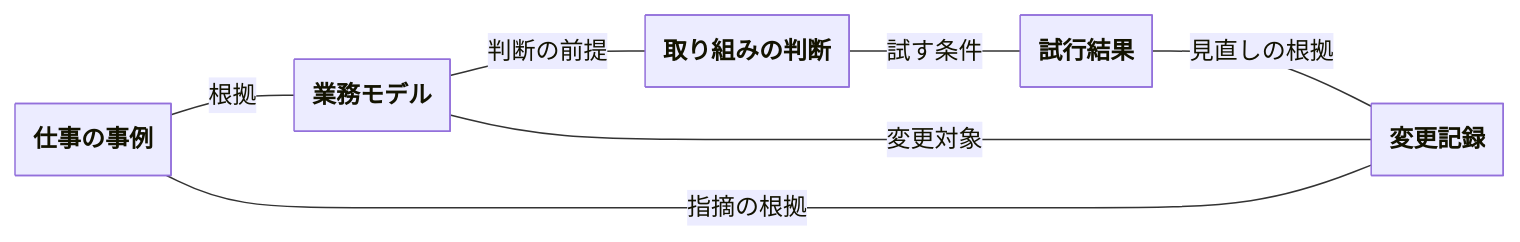
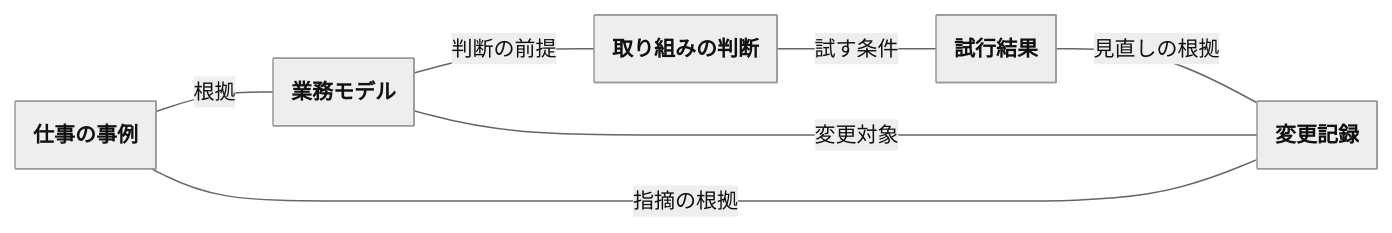
Before and after one commit to maakbo/fde: the fourth of 4 diagrams in experiments/fde-product-pivot/visualization/README.md, drawn with Mermaid. The commit also changed other lines of this file and 5 other files, not shown here.

Commit message:
Bring the reviewed fde visualization to the draft

````diff
--- a/experiments/fde-product-pivot/visualization/README.md
+++ b/experiments/fde-product-pivot/visualization/README.md
@@ -219,26 +230,32 @@
 ```mermaid
 ---
 config:
+  theme: neutral
+  themeVariables:
+    fontFamily: "Inter, Hiragino Sans, sans-serif"
+    fontSize: "14px"
   class:
     hideEmptyMembersBox: true
 ---
 classDiagram
+  accTitle: 情報のつながり
+  accDescr: 仕事の事例、業務モデル、取り組みの判断、試行結果、変更記録の関係。各用語の意味と使う仕事は図の下の表から開けます。
   direction LR
   %% 業務の中で使う情報と同じID。保存形式や件数は規定しない。
   class i_work_example["仕事の事例"]
   class i_work_model["業務モデル"]
   class i_direction["取り組みの判断"]
   class i_trial["試行結果"]
   class i_change["変更記録"]
   i_work_example -- i_work_model : 根拠
   i_work_model -- i_direction : 判断の前提
   i_direction -- i_trial : 試す条件
   i_trial -- i_change : 見直しの根拠
   i_work_example -- i_change : 指摘の根拠
   i_change -- i_work_model : 変更対象
-  click i_work_example href "https://github.com/maakbo/fde/blob/draft/fde-product-pivot/experiments/fde-product-pivot/visualization/README.md#info-work-example" "関連する説明を開く"
-  click i_work_model href "https://github.com/maakbo/fde/blob/draft/fde-product-pivot/experiments/fde-product-pivot/visualization/README.md#info-work-model" "関連する説明を開く"
-  click i_direction href "https://github.com/maakbo/fde/blob/draft/fde-product-pivot/experiments/fde-product-pivot/visualization/README.md#info-direction" "関連する説明を開く"
-  click i_trial href "https://github.com/maakbo/fde/blob/draft/fde-product-pivot/experiments/fde-product-pivot/visualization/README.md#info-trial" "関連する説明を開く"
-  click i_change href "https://github.com/maakbo/fde/blob/draft/fde-product-pivot/experiments/fde-product-pivot/visualization/README.md#info-change" "関連する説明を開く"
+  click i_work_example href "https://github.com/maakbo/fde/blob/draft/fde-product-pivot/experiments/fde-product-pivot/visualization/README.md#info-work-example" "仕事の事例の説明を開く" _blank
+  click i_work_model href "https://github.com/maakbo/fde/blob/draft/fde-product-pivot/experiments/fde-product-pivot/visualization/README.md#info-work-model" "業務モデルの説明を開く" _blank
+  click i_direction href "https://github.com/maakbo/fde/blob/draft/fde-product-pivot/experiments/fde-product-pivot/visualization/README.md#info-direction" "取り組みの判断の説明を開く" _blank
+  click i_trial href "https://github.com/maakbo/fde/blob/draft/fde-product-pivot/experiments/fde-product-pivot/visualization/README.md#info-trial" "試行結果の説明を開く" _blank
+  click i_change href "https://github.com/maakbo/fde/blob/draft/fde-product-pivot/experiments/fde-product-pivot/visualization/README.md#info-change" "変更記録の説明を開く" _blank
 ```
````
